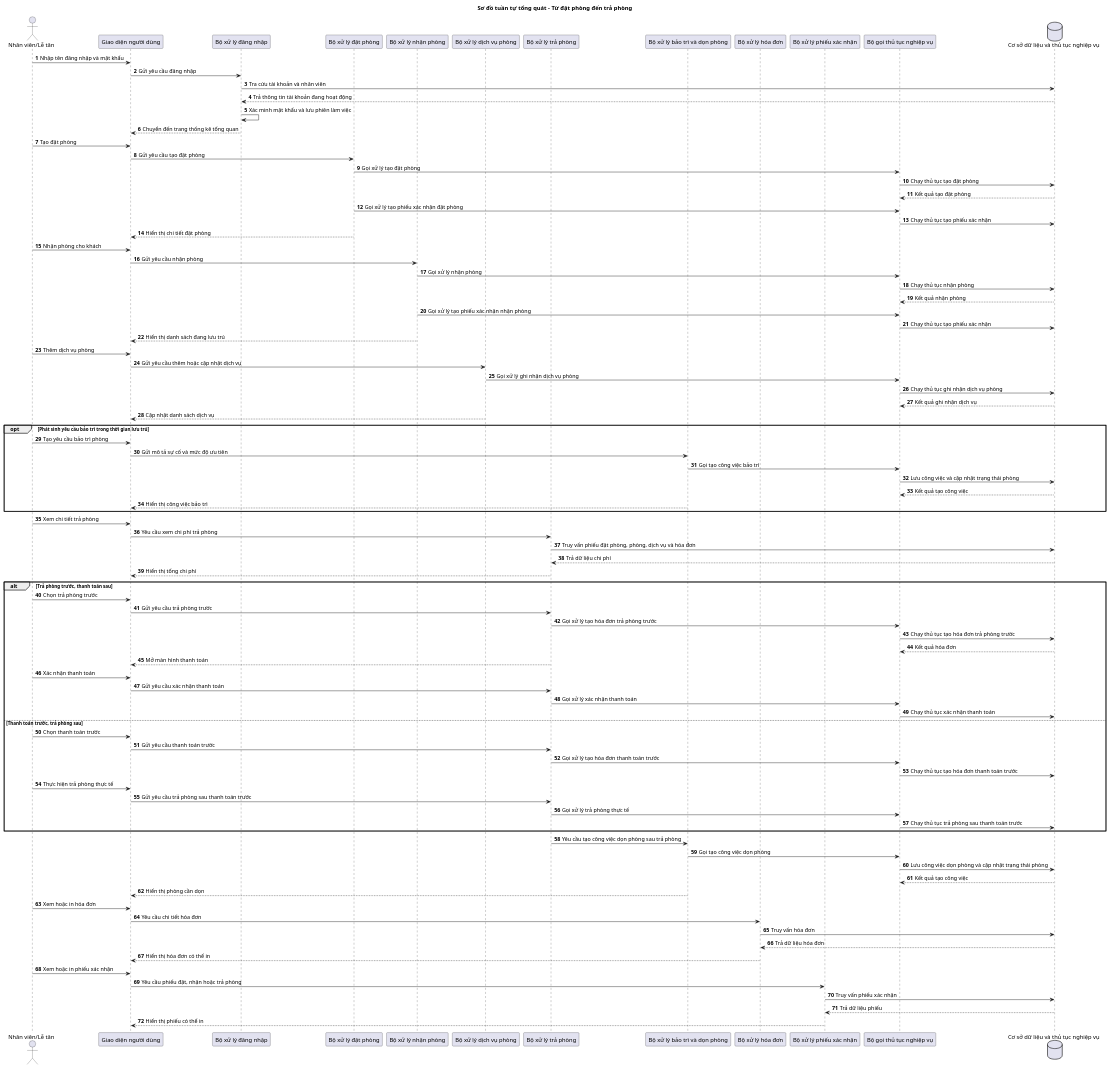
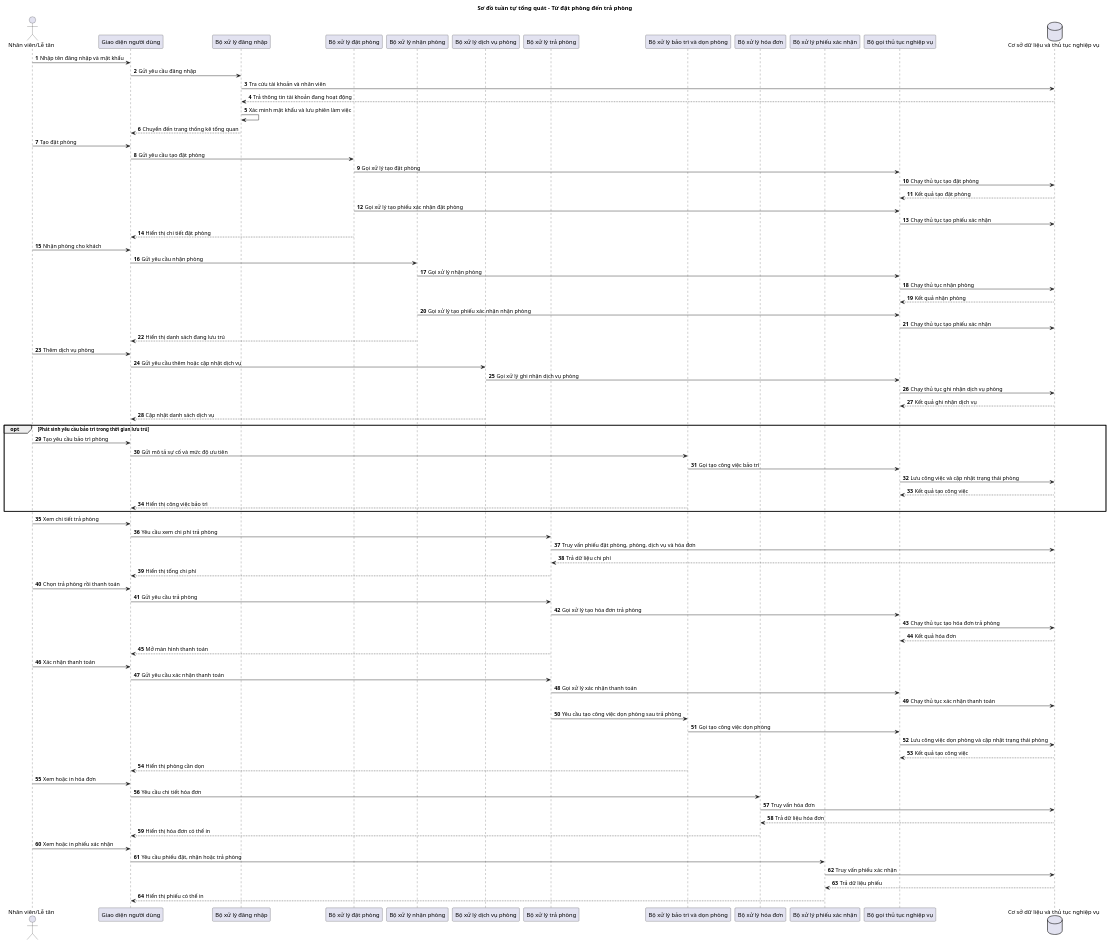
The diagram in docs/uml/plantuml/sequence/Sequence_TongQuan_ReservationToCheckout.puml (hieud3663/UHotel), drawn with PlantUML before and after one commit. The commit also changed 48 other files, not shown here.

First line of the commit message:
feat(docs,ui): unify checkout flow diagrams and refresh branding visuals

```diff
--- a/docs/uml/plantuml/sequence/Sequence_TongQuan_ReservationToCheckout.puml
+++ b/docs/uml/plantuml/sequence/Sequence_TongQuan_ReservationToCheckout.puml
@@ -1,105 +1,94 @@
 @startuml Sequence_TongQuan_ReservationToCheckout
 autonumber
 skinparam shadowing false
 title Sơ đồ tuần tự tổng quát - Từ đặt phòng đến trả phòng
 
 actor "Nhân viên/Lễ tân" as Staff
 participant "Giao diện người dùng" as View
 participant "Bộ xử lý đăng nhập" as Auth
 participant "Bộ xử lý đặt phòng" as Reservation
 participant "Bộ xử lý nhận phòng" as CheckIn
 participant "Bộ xử lý dịch vụ phòng" as RoomService
 participant "Bộ xử lý trả phòng" as CheckOut
 participant "Bộ xử lý bảo trì và dọn phòng" as RoomOps
 participant "Bộ xử lý hóa đơn" as InvoiceCtrl
 participant "Bộ xử lý phiếu xác nhận" as ReceiptCtrl
 participant "Bộ gọi thủ tục nghiệp vụ" as DbExt
 database "Cơ sở dữ liệu và thủ tục nghiệp vụ" as SQL
 
 Staff -> View: Nhập tên đăng nhập và mật khẩu
 View -> Auth: Gửi yêu cầu đăng nhập
 Auth -> SQL: Tra cứu tài khoản và nhân viên
 SQL --> Auth: Trả thông tin tài khoản đang hoạt động
 Auth -> Auth: Xác minh mật khẩu và lưu phiên làm việc
 Auth --> View: Chuyển đến trang thống kê tổng quan
 
 Staff -> View: Tạo đặt phòng
 View -> Reservation: Gửi yêu cầu tạo đặt phòng
 Reservation -> DbExt: Gọi xử lý tạo đặt phòng
 DbExt -> SQL: Chạy thủ tục tạo đặt phòng
 SQL --> DbExt: Kết quả tạo đặt phòng
 Reservation -> DbExt: Gọi xử lý tạo phiếu xác nhận đặt phòng
 DbExt -> SQL: Chạy thủ tục tạo phiếu xác nhận
 Reservation --> View: Hiển thị chi tiết đặt phòng
 
 Staff -> View: Nhận phòng cho khách
 View -> CheckIn: Gửi yêu cầu nhận phòng
 CheckIn -> DbExt: Gọi xử lý nhận phòng
 DbExt -> SQL: Chạy thủ tục nhận phòng
 SQL --> DbExt: Kết quả nhận phòng
 CheckIn -> DbExt: Gọi xử lý tạo phiếu xác nhận nhận phòng
 DbExt -> SQL: Chạy thủ tục tạo phiếu xác nhận
 CheckIn --> View: Hiển thị danh sách đang lưu trú
 
 Staff -> View: Thêm dịch vụ phòng
 View -> RoomService: Gửi yêu cầu thêm hoặc cập nhật dịch vụ
 RoomService -> DbExt: Gọi xử lý ghi nhận dịch vụ phòng
 DbExt -> SQL: Chạy thủ tục ghi nhận dịch vụ phòng
 SQL --> DbExt: Kết quả ghi nhận dịch vụ
 RoomService --> View: Cập nhật danh sách dịch vụ
 
 opt Phát sinh yêu cầu bảo trì trong thời gian lưu trú
   Staff -> View: Tạo yêu cầu bảo trì phòng
   View -> RoomOps: Gửi mô tả sự cố và mức độ ưu tiên
   RoomOps -> DbExt: Gọi tạo công việc bảo trì
   DbExt -> SQL: Lưu công việc và cập nhật trạng thái phòng
   SQL --> DbExt: Kết quả tạo công việc
   RoomOps --> View: Hiển thị công việc bảo trì
 end
 
 Staff -> View: Xem chi tiết trả phòng
 View -> CheckOut: Yêu cầu xem chi phí trả phòng
 CheckOut -> SQL: Truy vấn phiếu đặt phòng, phòng, dịch vụ và hóa đơn
 SQL --> CheckOut: Trả dữ liệu chi phí
 CheckOut --> View: Hiển thị tổng chi phí
 
-alt Trả phòng trước, thanh toán sau
-  Staff -> View: Chọn trả phòng trước
-  View -> CheckOut: Gửi yêu cầu trả phòng trước
-  CheckOut -> DbExt: Gọi xử lý tạo hóa đơn trả phòng trước
-  DbExt -> SQL: Chạy thủ tục tạo hóa đơn trả phòng trước
-  SQL --> DbExt: Kết quả hóa đơn
-  CheckOut --> View: Mở màn hình thanh toán
-  Staff -> View: Xác nhận thanh toán
-  View -> CheckOut: Gửi yêu cầu xác nhận thanh toán
-  CheckOut -> DbExt: Gọi xử lý xác nhận thanh toán
-  DbExt -> SQL: Chạy thủ tục xác nhận thanh toán
-else Thanh toán trước, trả phòng sau
-  Staff -> View: Chọn thanh toán trước
-  View -> CheckOut: Gửi yêu cầu thanh toán trước
-  CheckOut -> DbExt: Gọi xử lý tạo hóa đơn thanh toán trước
-  DbExt -> SQL: Chạy thủ tục tạo hóa đơn thanh toán trước
-  Staff -> View: Thực hiện trả phòng thực tế
-  View -> CheckOut: Gửi yêu cầu trả phòng sau thanh toán trước
-  CheckOut -> DbExt: Gọi xử lý trả phòng thực tế
-  DbExt -> SQL: Chạy thủ tục trả phòng sau thanh toán trước
-end
+Staff -> View: Chọn trả phòng rồi thanh toán
+View -> CheckOut: Gửi yêu cầu trả phòng
+CheckOut -> DbExt: Gọi xử lý tạo hóa đơn trả phòng
+DbExt -> SQL: Chạy thủ tục tạo hóa đơn trả phòng
+SQL --> DbExt: Kết quả hóa đơn
+CheckOut --> View: Mở màn hình thanh toán
+Staff -> View: Xác nhận thanh toán
+View -> CheckOut: Gửi yêu cầu xác nhận thanh toán
+CheckOut -> DbExt: Gọi xử lý xác nhận thanh toán
+DbExt -> SQL: Chạy thủ tục xác nhận thanh toán
 
 CheckOut -> RoomOps: Yêu cầu tạo công việc dọn phòng sau trả phòng
 RoomOps -> DbExt: Gọi tạo công việc dọn phòng
 DbExt -> SQL: Lưu công việc dọn phòng và cập nhật trạng thái phòng
 SQL --> DbExt: Kết quả tạo công việc
 RoomOps --> View: Hiển thị phòng cần dọn
 
 Staff -> View: Xem hoặc in hóa đơn
 View -> InvoiceCtrl: Yêu cầu chi tiết hóa đơn
 InvoiceCtrl -> SQL: Truy vấn hóa đơn
 SQL --> InvoiceCtrl: Trả dữ liệu hóa đơn
 InvoiceCtrl --> View: Hiển thị hóa đơn có thể in
 
 Staff -> View: Xem hoặc in phiếu xác nhận
 View -> ReceiptCtrl: Yêu cầu phiếu đặt, nhận hoặc trả phòng
 ReceiptCtrl -> SQL: Truy vấn phiếu xác nhận
 SQL --> ReceiptCtrl: Trả dữ liệu phiếu
 ReceiptCtrl --> View: Hiển thị phiếu có thể in
 @enduml
```
